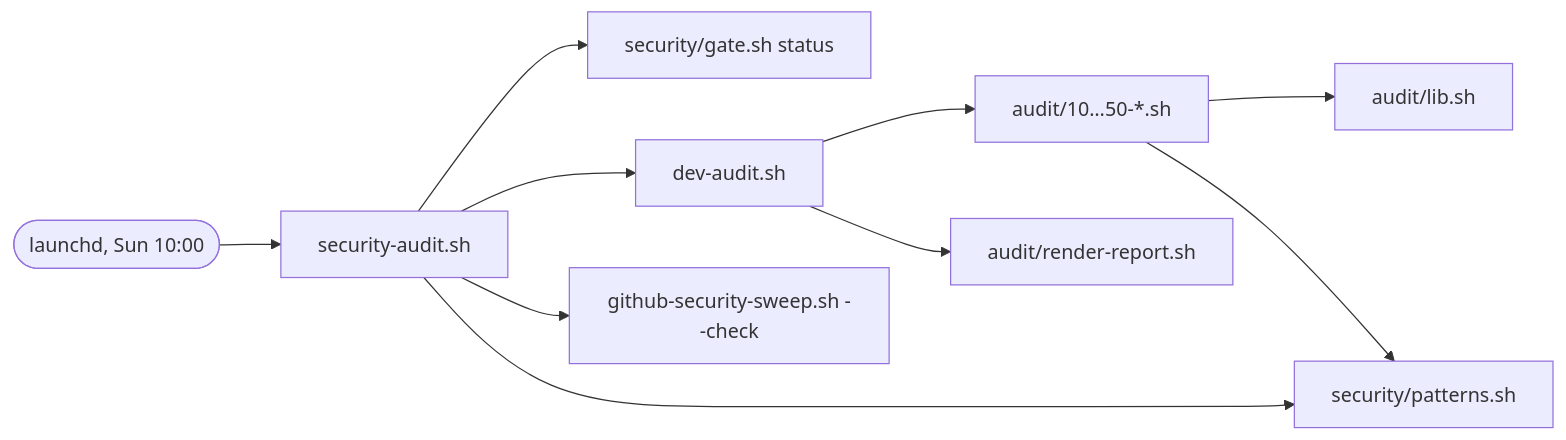
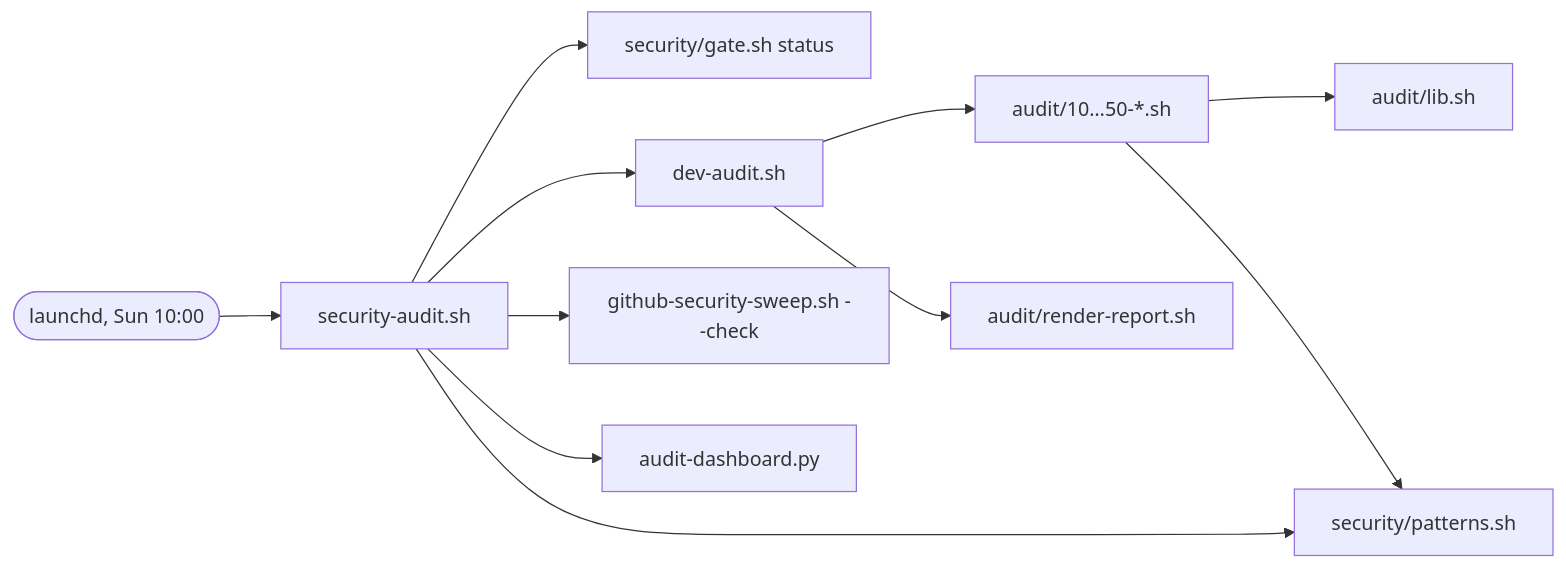
One commit to pieteradejong/dotfiles changed the diagram in scripts/README.md. Above: the diagram before and after it, drawn with Mermaid. The commit also changed other lines of this file and 6 other files, not shown here.

First line of the commit message:
audit-dashboard: local HTML view over the audit reports (D28); docs for D27/D28

````diff
--- a/scripts/README.md
+++ b/scripts/README.md
@@ -84,12 +85,13 @@
 ```mermaid
 flowchart LR
     launchd([launchd, Sun 10:00]) --> SA[security-audit.sh]
     SA --> G[security/gate.sh status]
     SA --> DA[dev-audit.sh]
     SA --> GS[github-security-sweep.sh --check]
     DA --> M["audit/10…50-*.sh"]
     DA --> R[audit/render-report.sh]
     M --> L[audit/lib.sh]
     M --> P[security/patterns.sh]
     SA --> P
+    SA --> AD[audit-dashboard.py]
 ```
````
